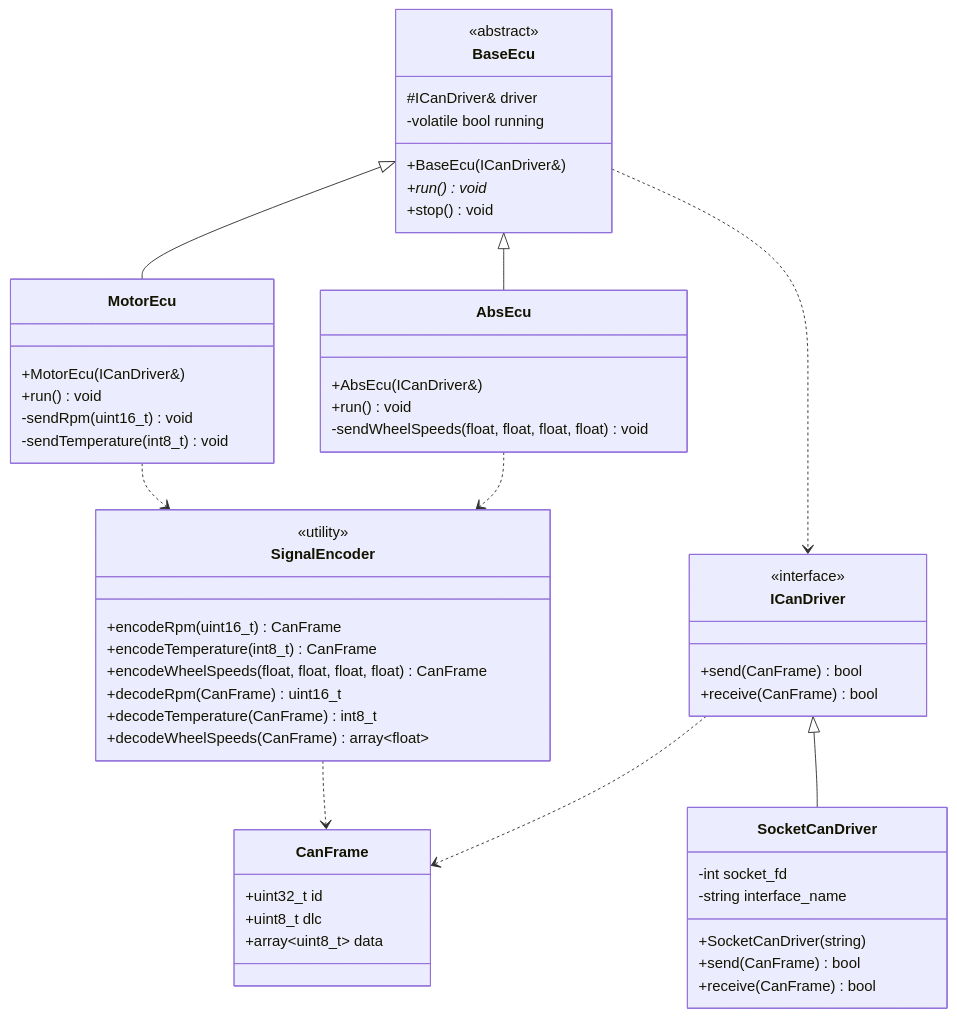
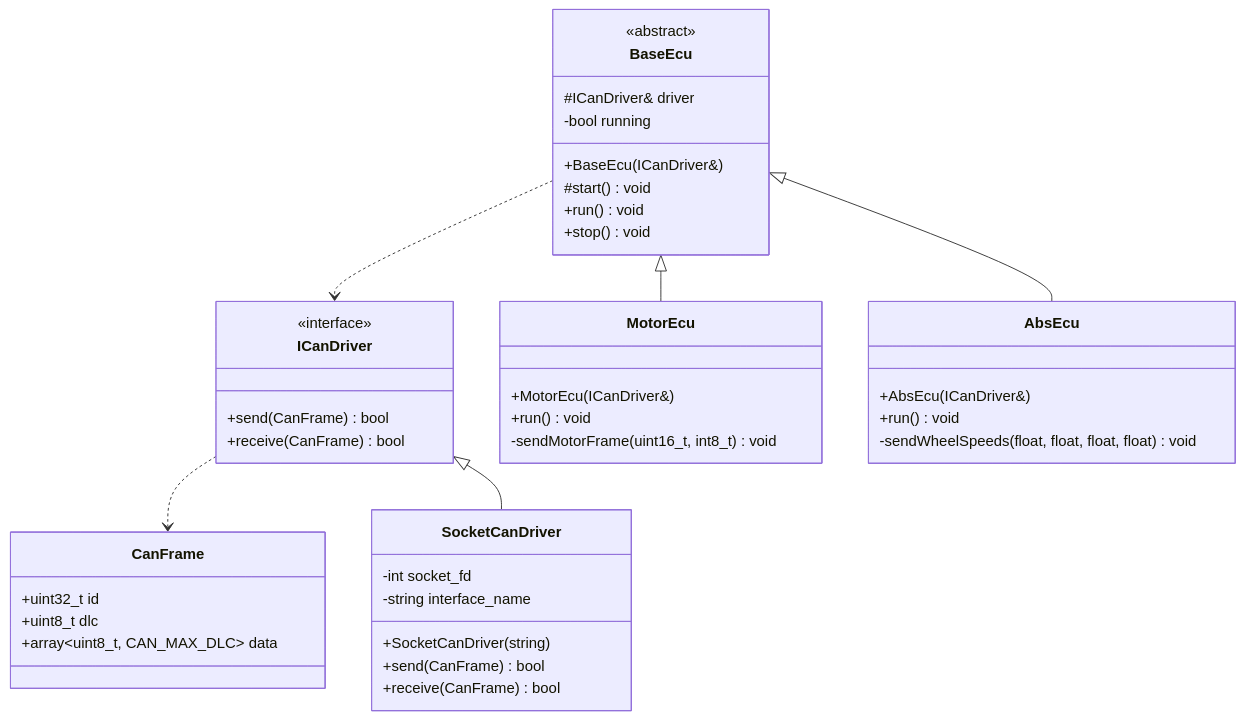
The diagram in docs/architecture.md (brahimab8/vcan-sim), drawn with Mermaid before and after one commit. The commit also changed other lines of this file, not shown here.

Commit message:
docs: update architecture with lean namespace SignalEncoder and bool return values

````diff
--- a/docs/architecture.md
+++ b/docs/architecture.md
@@ -18,63 +18,50 @@
 ```mermaid
 classDiagram
     class CanFrame {
         +uint32_t id
         +uint8_t dlc
-        +array~uint8_t~ data
+        +array~uint8_t, CAN_MAX_DLC~ data
     }
 
     class ICanDriver {
         <<interface>>
         +send(CanFrame) bool
         +receive(CanFrame) bool
     }
 
     class SocketCanDriver {
         -int socket_fd
         -string interface_name
         +SocketCanDriver(string)
         +send(CanFrame) bool
         +receive(CanFrame) bool
     }
 
     class BaseEcu {
         <<abstract>>
         #ICanDriver& driver
-        -volatile bool running
+        -bool running
         +BaseEcu(ICanDriver&)
-        +run() void*
+        #start() void
+        +run() void
         +stop() void
     }
 
     class MotorEcu {
         +MotorEcu(ICanDriver&)
         +run() void
-        -sendRpm(uint16_t) void
-        -sendTemperature(int8_t) void
+        -sendMotorFrame(uint16_t, int8_t) void
     }
 
     class AbsEcu {
         +AbsEcu(ICanDriver&)
         +run() void
         -sendWheelSpeeds(float, float, float, float) void
     }
 
-    class SignalEncoder {
-        <<utility>>
-        +encodeRpm(uint16_t) CanFrame
-        +encodeTemperature(int8_t) CanFrame
-        +encodeWheelSpeeds(float, float, float, float) CanFrame
-        +decodeRpm(CanFrame) uint16_t
-        +decodeTemperature(CanFrame) int8_t
-        +decodeWheelSpeeds(CanFrame) array~float~
-    }
-
     ICanDriver ..> CanFrame
     ICanDriver <|-- SocketCanDriver
     BaseEcu <|-- MotorEcu
     BaseEcu <|-- AbsEcu
     BaseEcu ..> ICanDriver
-    MotorEcu ..> SignalEncoder
-    AbsEcu ..> SignalEncoder
-    SignalEncoder ..> CanFrame
 ```
````
